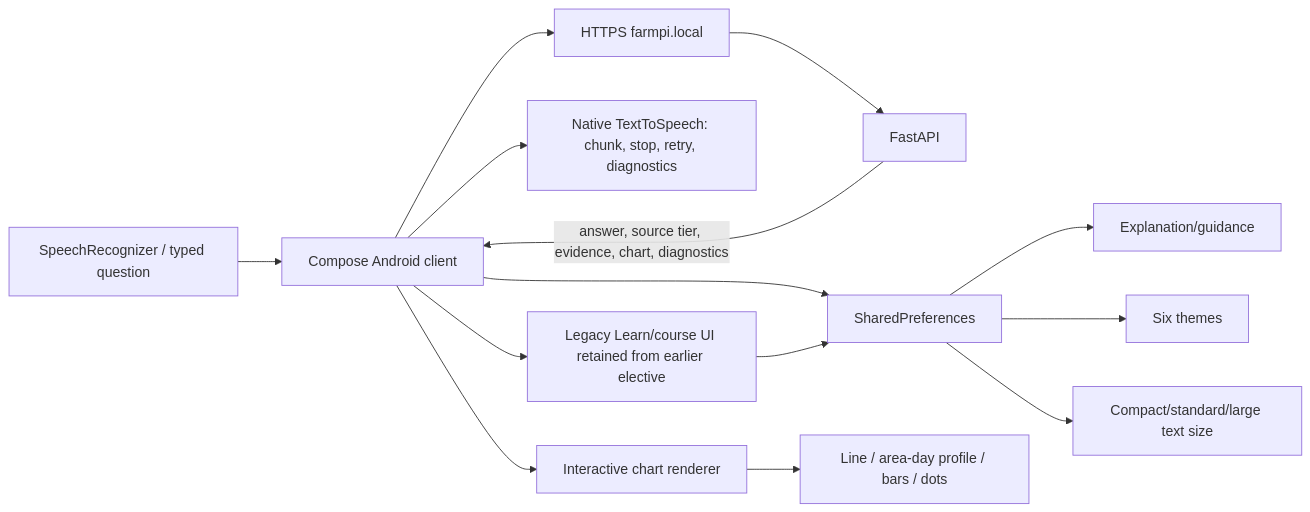
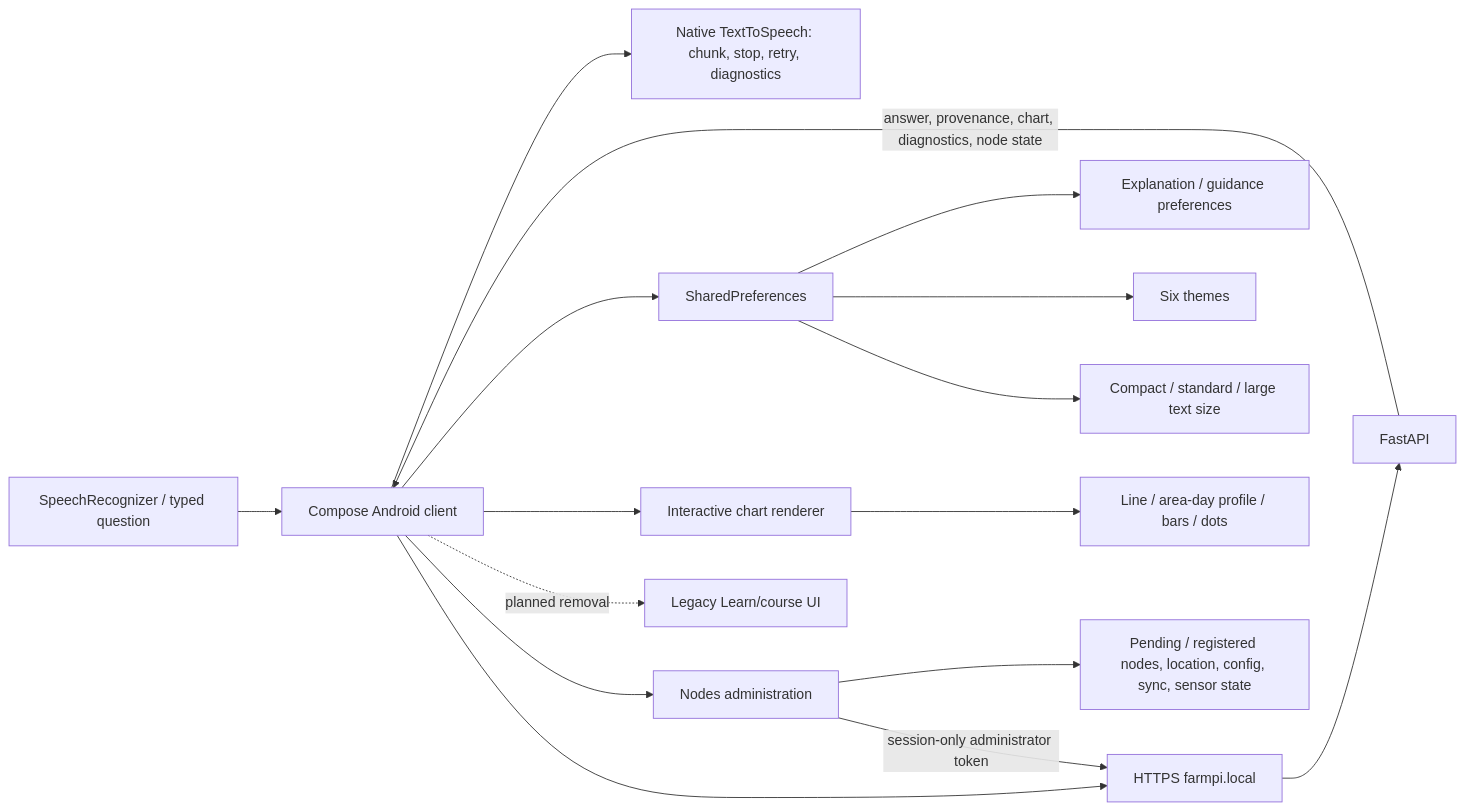
Before and after one commit to w0rmy/farmpi: the diagram in docs/diagrams/android-architecture.mmd, drawn with Mermaid.

Commit message:
docs: align Android diagram with Nodes and course removal

```diff
--- a/docs/diagrams/android-architecture.mmd
+++ b/docs/diagrams/android-architecture.mmd
@@ -1,14 +1,16 @@
 flowchart LR
   V[SpeechRecognizer / typed question] --> U[Compose Android client]
   U --> H[HTTPS farmpi.local]
   H --> F[FastAPI]
-  F -->|answer, source tier, evidence, chart, diagnostics| U
+  F -->|answer, provenance, chart, diagnostics, node state| U
   U --> T[Native TextToSpeech: chunk, stop, retry, diagnostics]
   U --> P[SharedPreferences]
-  P --> S[Explanation/guidance]
+  P --> S[Explanation / guidance preferences]
   P --> C[Six themes]
-  P --> Z[Compact/standard/large text size]
+  P --> Z[Compact / standard / large text size]
   U --> G[Interactive chart renderer]
   G --> M[Line / area-day profile / bars / dots]
-  U --> L[Legacy Learn/course UI retained from earlier elective]
-  L --> P
+  U --> N[Nodes administration]
+  N -->|session-only administrator token| H
+  N --> R[Pending / registered nodes, location, config, sync, sensor state]
+  U -. planned removal .-> L[Legacy Learn/course UI]
```
